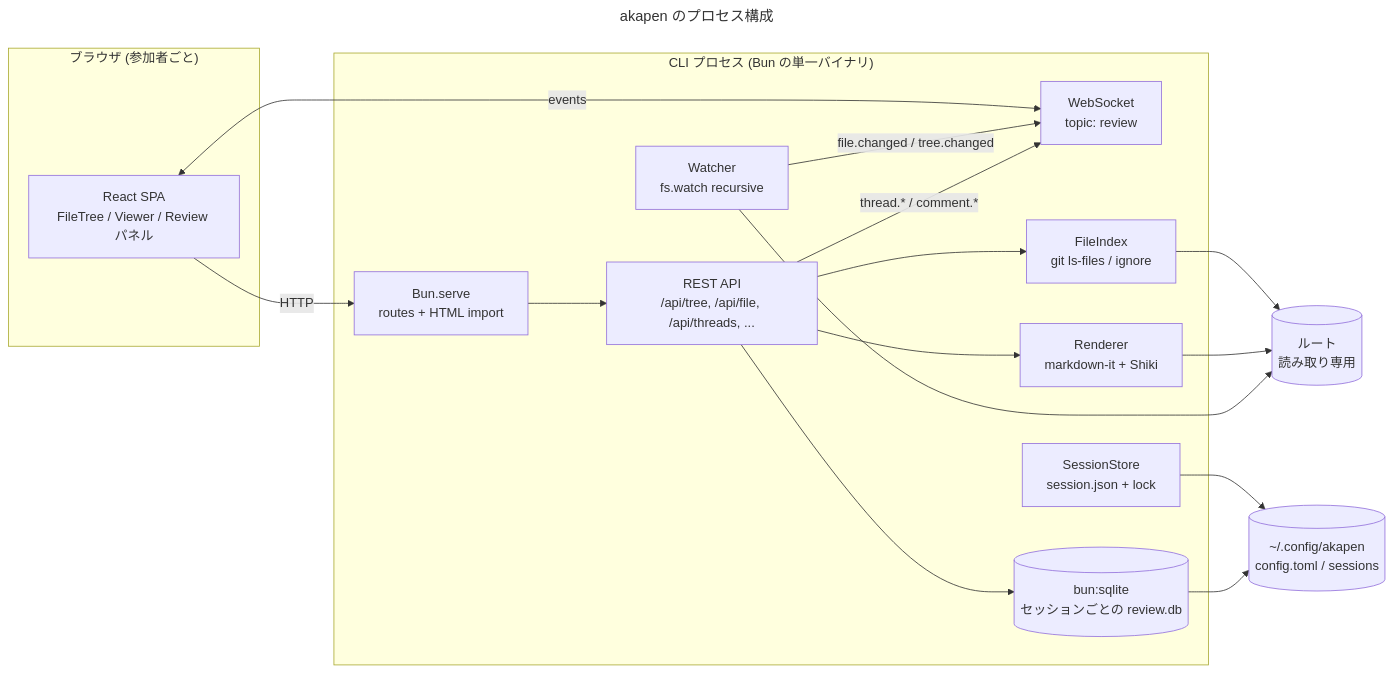
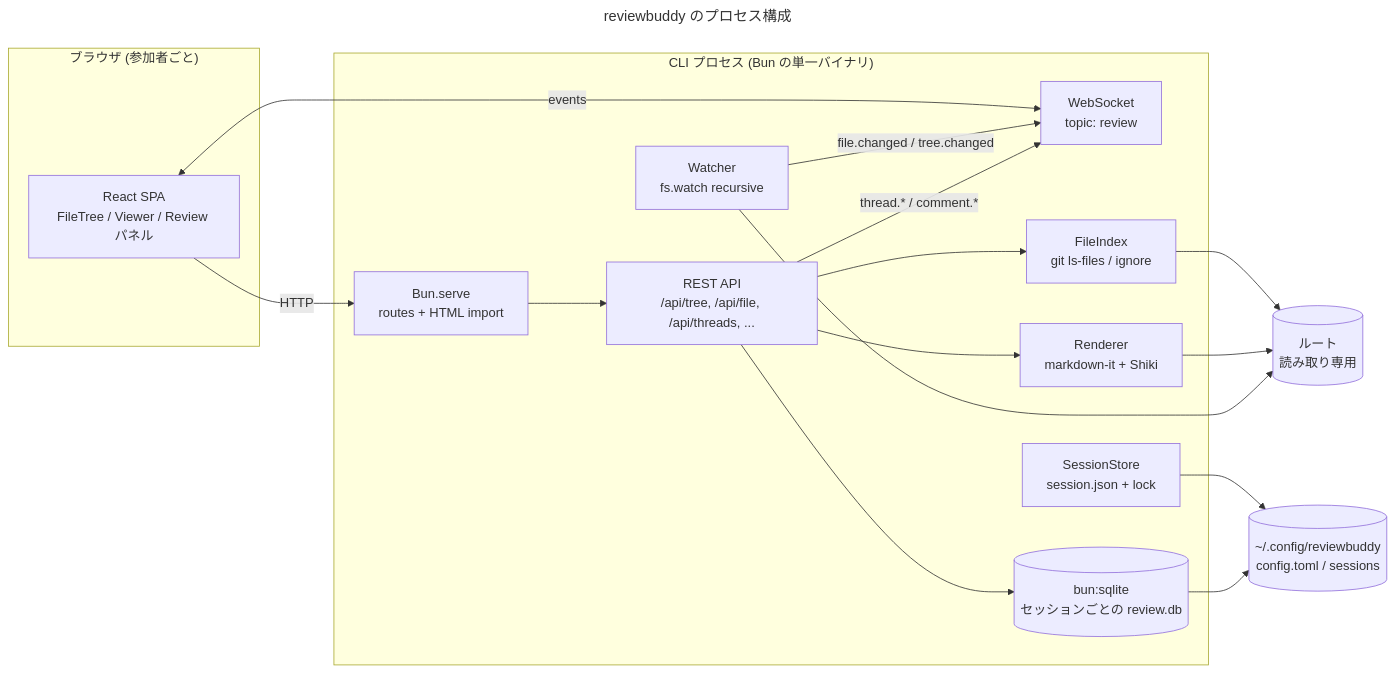
The first of 3 diagrams in docs/design/全体設計.md (dannygim/reviewbuddy), drawn with Mermaid before and after one commit. The commit also changed other lines of this file and 23 other files, not shown here.

Commit message:
docs: rename akapen to reviewbuddy (ADR-0008)

````diff
--- a/docs/design/全体設計.md
+++ b/docs/design/全体設計.md
@@ -23,37 +23,37 @@
 ```mermaid
 ---
-title: akapen のプロセス構成
+title: reviewbuddy のプロセス構成
 ---
 flowchart LR
   subgraph Browsers["ブラウザ (参加者ごと)"]
     UI["React SPA<br/>FileTree / Viewer / Review パネル"]
   end
 
   subgraph CLI["CLI プロセス (Bun の単一バイナリ)"]
     Serve["Bun.serve<br/>routes + HTML import"]
     API["REST API<br/>/api/tree, /api/file, /api/threads, ..."]
     WS["WebSocket<br/>topic: review"]
     Index["FileIndex<br/>git ls-files / ignore"]
     Render["Renderer<br/>markdown-it + Shiki"]
     Watch["Watcher<br/>fs.watch recursive"]
     Sess["SessionStore<br/>session.json + lock"]
     DB[("bun:sqlite<br/>セッションごとの review.db")]
   end
 
   Root[("ルート<br/>読み取り専用")]
-  Home[("~/.config/akapen<br/>config.toml / sessions")]
+  Home[("~/.config/reviewbuddy<br/>config.toml / sessions")]
 
   UI -->|HTTP| Serve
   Serve --> API
   UI <-->|events| WS
   API --> Index
   API --> Render
   API --> DB
   Sess --> Home
   DB --> Home
   Index --> Root
   Render --> Root
   Watch --> Root
   Watch -->|file.changed / tree.changed| WS
   API -->|thread.* / comment.*| WS
 ```
````
